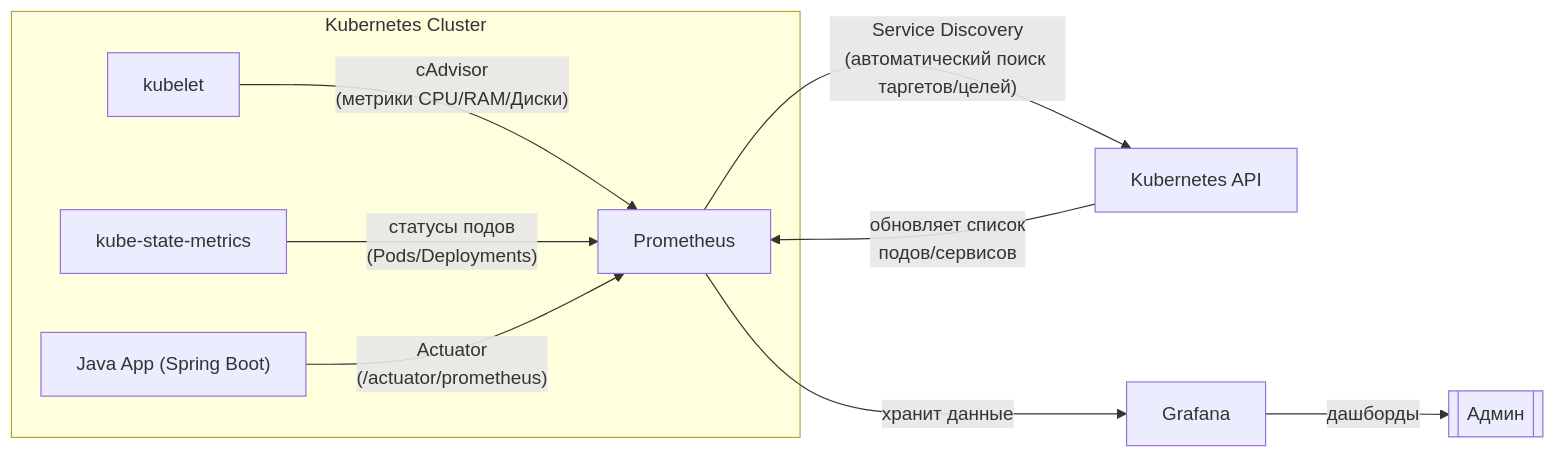
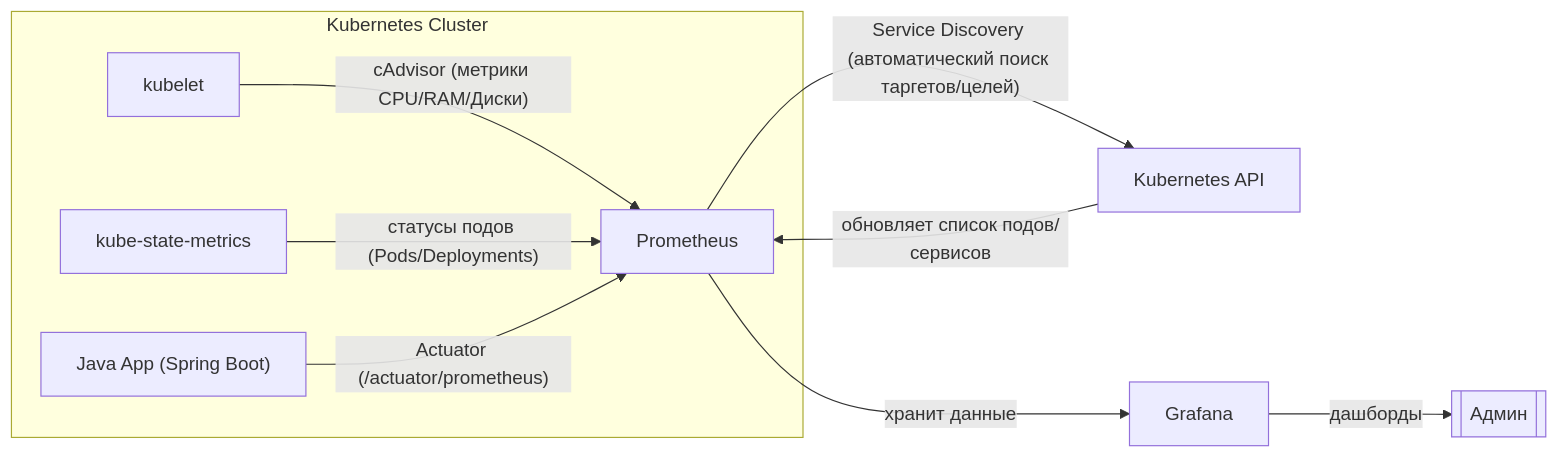
Before and after one commit to lamjob1993/kubernetes-monitoring: the diagram in kubernetes/legend/3. Реальный кластер.md, drawn with Mermaid.

Commit message:
Update 3. Реальный кластер.md

````diff
--- a/kubernetes/legend/3. Реальный кластер.md
+++ b/kubernetes/legend/3. Реальный кластер.md
@@ -13,13 +13,13 @@
 ```mermaid
 flowchart LR
     subgraph Kubernetes Cluster
-        kubelet -->|"cAdvisor\n(метрики CPU/RAM/Диски)"| Prometheus
-        kube-state-metrics -->|"статусы подов\n(Pods/Deployments)"| Prometheus
-        JavaApp["Java App (Spring Boot)"] -->|"Actuator\n(/actuator/prometheus)"| Prometheus
+        kubelet -->|"cAdvisor (метрики CPU/RAM/Диски)"| Prometheus
+        kube-state-metrics -->|"статусы подов (Pods/Deployments)"| Prometheus
+        JavaApp["Java App (Spring Boot)"] -->|"Actuator (/actuator/prometheus)"| Prometheus
     end
 
-    Prometheus -->|"Service Discovery\n(автоматический поиск таргетов/целей)"| KubernetesAPI["Kubernetes API"]
-    KubernetesAPI -->|"обновляет список\nподов/сервисов"| Prometheus
+    Prometheus -->|"Service Discovery (автоматический поиск таргетов/целей)"| KubernetesAPI["Kubernetes API"]
+    KubernetesAPI -->|"обновляет список подов/сервисов"| Prometheus
     Prometheus -->|"хранит данные"| Grafana
     Grafana -->|"дашборды"| Admin[["Админ"]]
 ```
````
